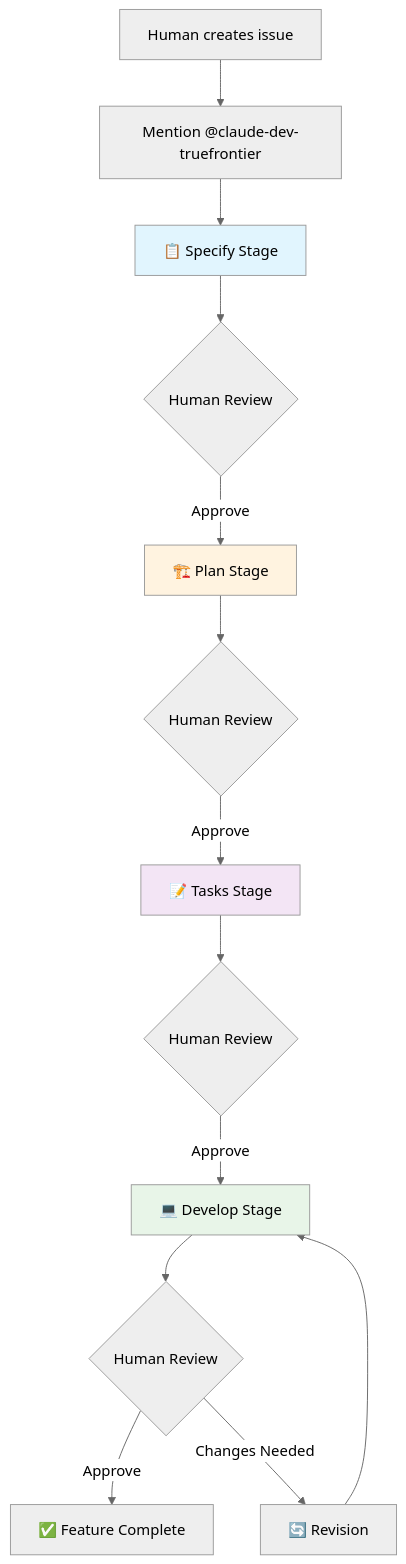
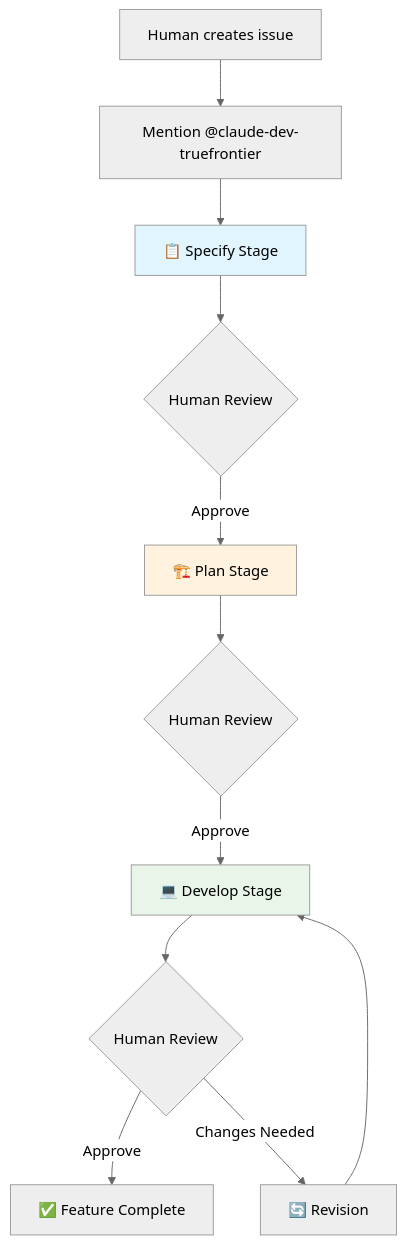
The diagram in README.md (truefrontier/claude-dev-workflow), drawn with Mermaid (neutral theme) before and after one commit. The commit also changed other lines of this file, not shown here.

First line of the commit message:
docs: update to reflect 3-stage workflow system

````diff
--- a/README.md
+++ b/README.md
@@ -9,20 +9,17 @@
 ```mermaid
 flowchart TD
     A[Human creates issue] --> B[Mention @claude-dev-truefrontier]
     B --> C[📋 Specify Stage]
     C --> D{Human Review}
     D -->|Approve| E[🏗️ Plan Stage]
     E --> F{Human Review}
-    F -->|Approve| G[📝 Tasks Stage]
+    F -->|Approve| G[💻 Develop Stage]
     G --> H{Human Review}
-    H -->|Approve| I[💻 Develop Stage]
-    I --> J{Human Review}
-    J -->|Approve| K[✅ Feature Complete]
-    J -->|Changes Needed| L[🔄 Revision]
-    L --> I
+    H -->|Approve| I[✅ Feature Complete]
+    H -->|Changes Needed| J[🔄 Revision]
+    J --> G
 
     style C fill:#e1f5fe
     style E fill:#fff3e0
-    style G fill:#f3e5f5
-    style I fill:#e8f5e8
+    style G fill:#e8f5e8
 ```
````
